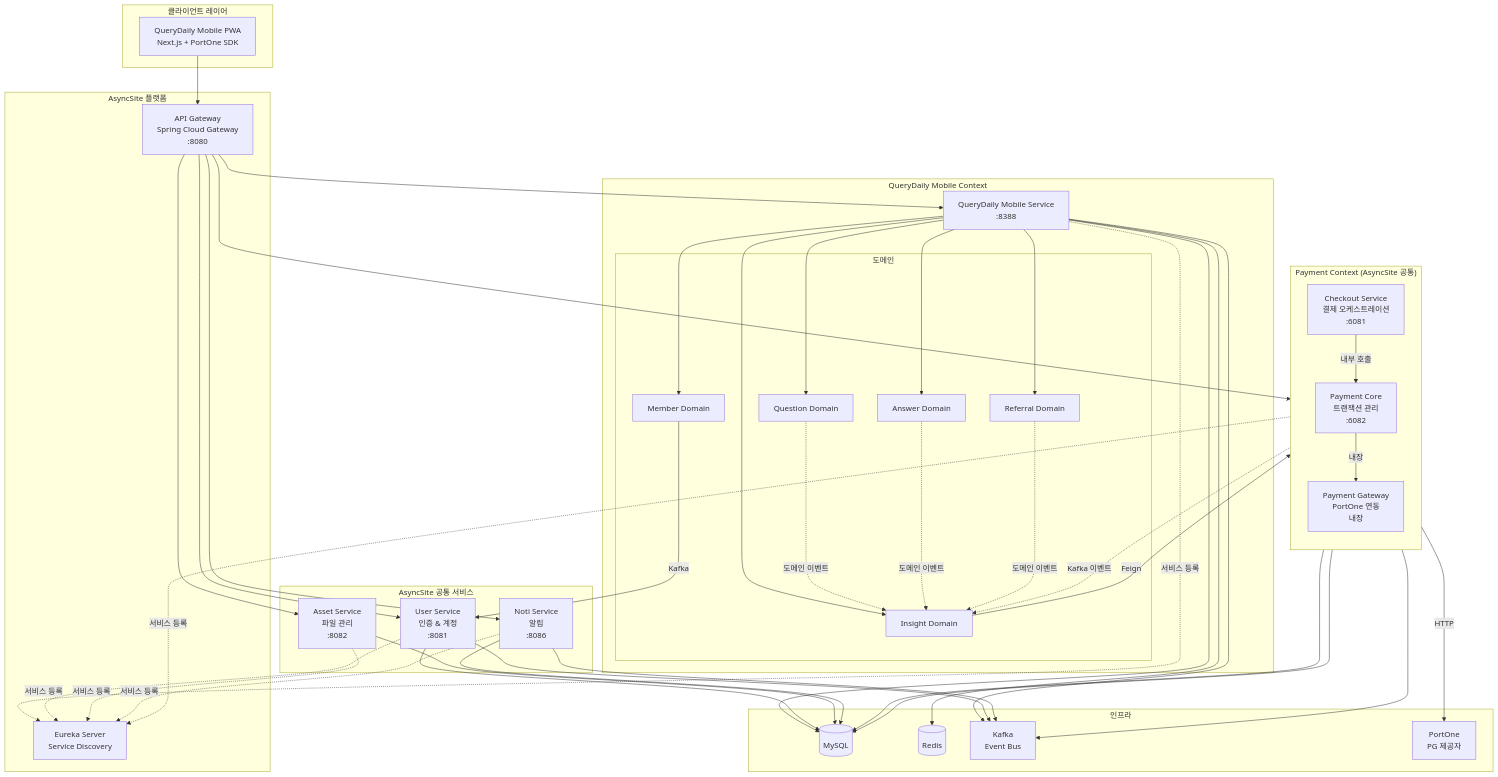
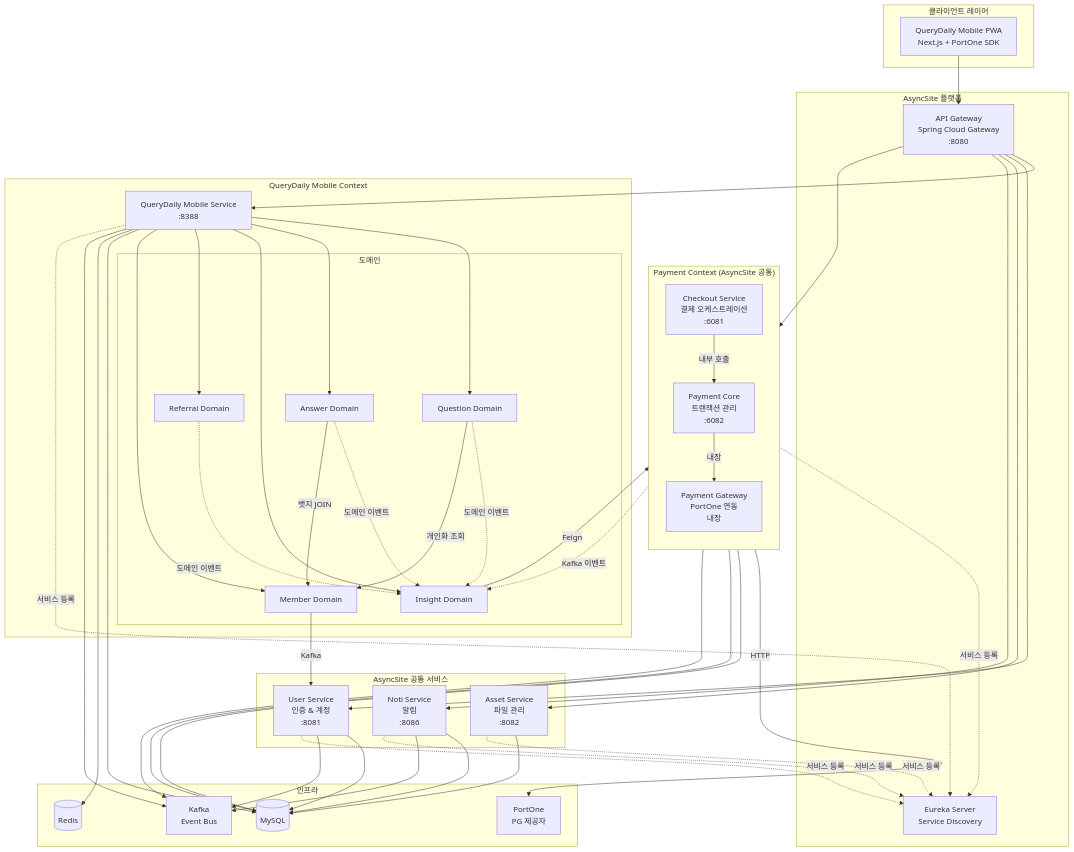
The first of 12 diagrams in docs/plan/MOBILE_MVP_ROADMAP.md (AsyncSite/querydaily-frontend), drawn with Mermaid before and after one commit. The commit also changed other lines of this file, not shown here.

Commit message:
docs: 시스템 아키텍처에 도메인 의존성 추가
- Question → Member (개인화 조회)
- Answer → Member (뱃지 JOIN)
- 핵심 원칙 5번 추가: Member Domain은 조회 전용

MVP에서는 Personalization Domain 별도 분리 안 함.
Member Domain이 개인화 데이터 제공 (단순 필터링).

🤖 Generated with [Claude Code](https://claude.com/claude-code)

```diff
--- a/docs/plan/MOBILE_MVP_ROADMAP.md
+++ b/docs/plan/MOBILE_MVP_ROADMAP.md
@@ -181,7 +181,9 @@
     QDService --> Member
 
     Question -.도메인 이벤트.-> Insight
+    Question -->|개인화 조회| Member
     Answer -.도메인 이벤트.-> Insight
+    Answer -->|뱃지 JOIN| Member
     Referral -.도메인 이벤트.-> Insight
 
     Insight -->|Feign| Checkout
```
